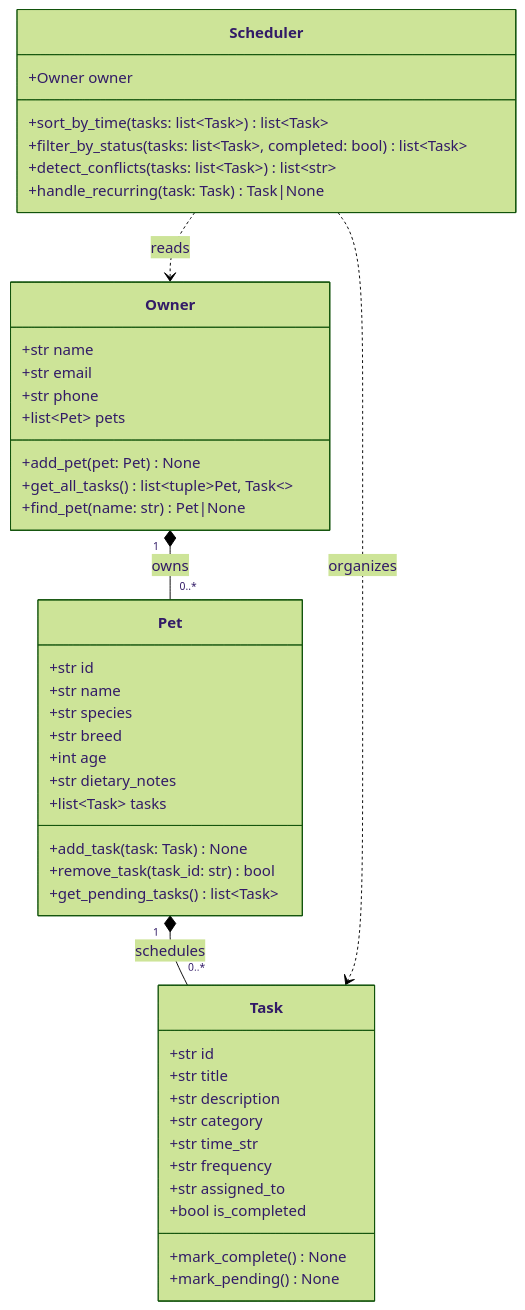
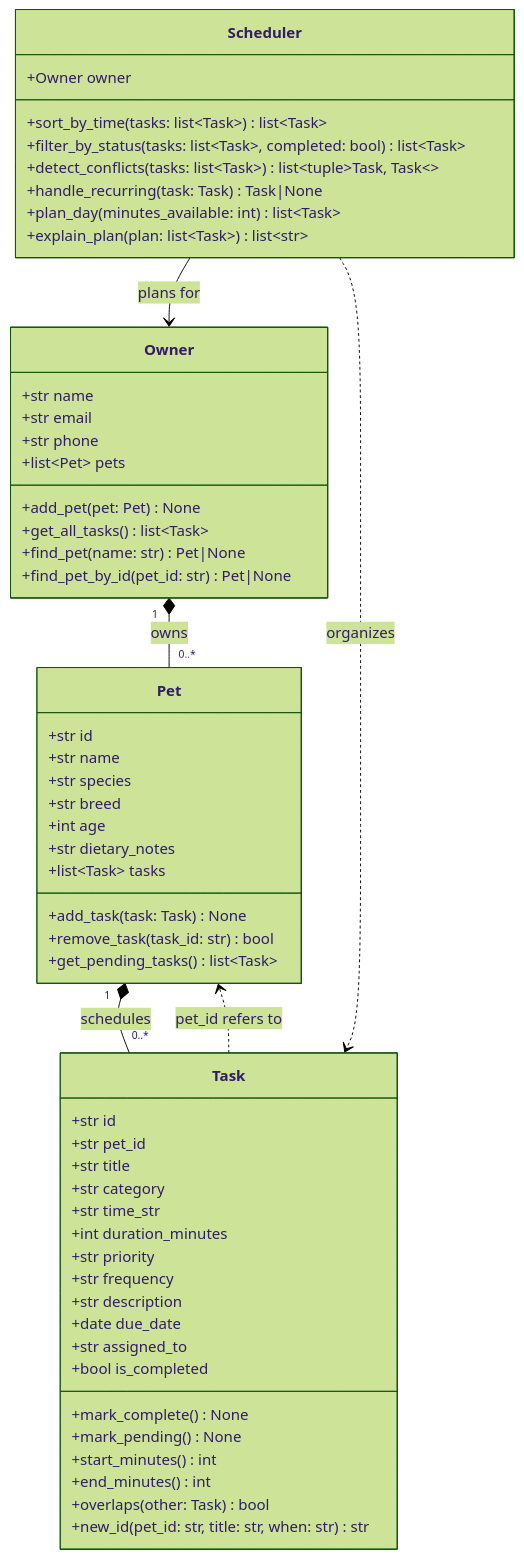
Before and after one commit to SakxamShrestha/ai110-module2show-pawpal-starter: the diagram in diagrams/uml.mmd, drawn with Mermaid (forest theme). The commit also changed 6 other files, not shown here.

```diff
--- a/diagrams/uml.mmd
+++ b/diagrams/uml.mmd
@@ -1,52 +1,64 @@
 classDiagram
-    %% PawPal+ class design
+    %% PawPal+ class design -- matches pawpal_system.py
     %% Owner holds Pets, Pet holds Tasks, Scheduler is a stateless service over Tasks.
 
     class Owner {
         +str name
         +str email
         +str phone
         +list~Pet~ pets
         +add_pet(pet: Pet) None
-        +get_all_tasks() list~tuple~Pet, Task~~
+        +get_all_tasks() list~Task~
         +find_pet(name: str) Pet|None
+        +find_pet_by_id(pet_id: str) Pet|None
     }
 
     class Pet {
         +str id
         +str name
         +str species
         +str breed
         +int age
         +str dietary_notes
         +list~Task~ tasks
         +add_task(task: Task) None
         +remove_task(task_id: str) bool
         +get_pending_tasks() list~Task~
     }
 
     class Task {
         +str id
+        +str pet_id
         +str title
-        +str description
         +str category
         +str time_str
+        +int duration_minutes
+        +str priority
         +str frequency
+        +str description
+        +date due_date
         +str assigned_to
         +bool is_completed
         +mark_complete() None
         +mark_pending() None
+        +start_minutes() int
+        +end_minutes() int
+        +overlaps(other: Task) bool
+        +new_id(pet_id: str, title: str, when: str) str
     }
 
     class Scheduler {
         +Owner owner
         +sort_by_time(tasks: list~Task~) list~Task~
         +filter_by_status(tasks: list~Task~, completed: bool) list~Task~
-        +detect_conflicts(tasks: list~Task~) list~str~
+        +detect_conflicts(tasks: list~Task~) list~tuple~Task, Task~~
         +handle_recurring(task: Task) Task|None
+        +plan_day(minutes_available: int) list~Task~
+        +explain_plan(plan: list~Task~) list~str~
     }
 
     Owner "1" *-- "0..*" Pet : owns
     Pet "1" *-- "0..*" Task : schedules
-    Scheduler ..> Owner : reads
+    Task ..> Pet : pet_id refers to
+    Scheduler --> Owner : plans for
     Scheduler ..> Task : organizes
```
